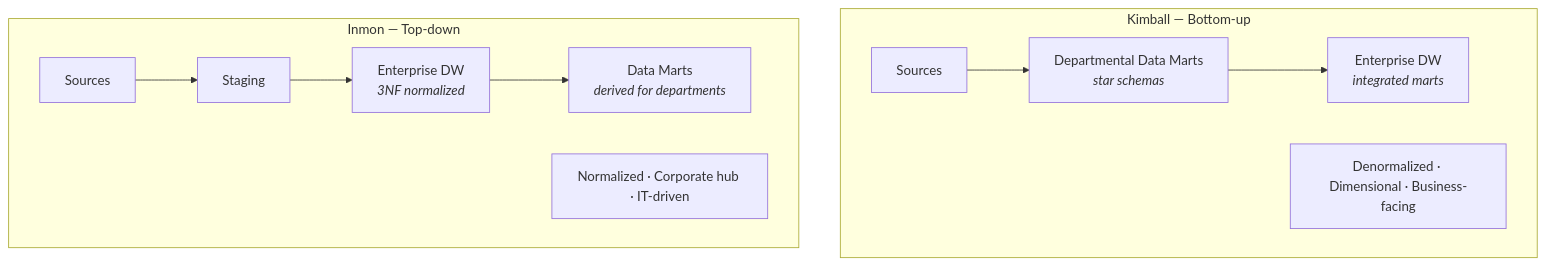
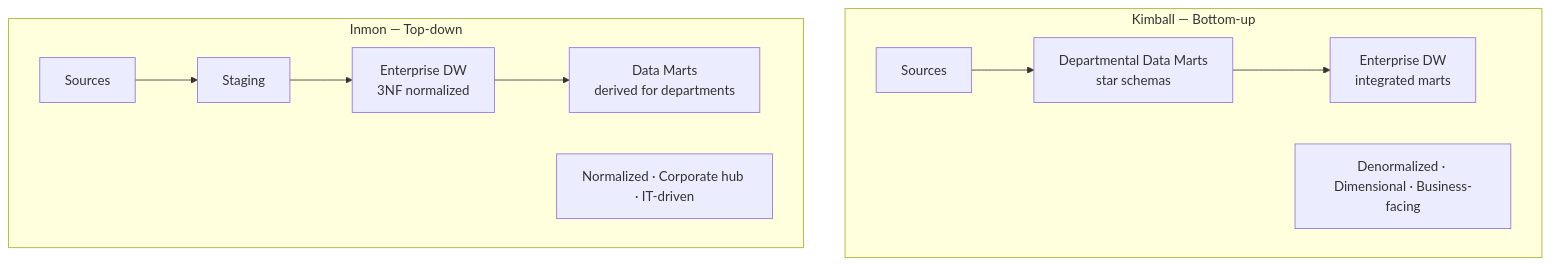
Before and after one commit to adnanrahin/adnanrahin.github.io: diagram 18 of 23 in data-architecture/data-warehouse.md, drawn with Mermaid. The commit also changed other lines of this file and 3 other files, not shown here.

Commit message:
updated the flowchart

````diff
--- a/data-architecture/data-warehouse.md
+++ b/data-architecture/data-warehouse.md
@@ -802,15 +796,15 @@
 ```mermaid
 flowchart TD
     subgraph KIMBALL["Kimball — Bottom-up"]
-        K_SRC["Sources"] --> K_DM["Departmental Data Marts<br/><i>star schemas</i>"]
-        K_DM --> K_DW["Enterprise DW<br/><i>integrated marts</i>"]
+        K_SRC["Sources"] --> K_DM["Departmental Data Marts<br/>star schemas"]
+        K_DM --> K_DW["Enterprise DW<br/>integrated marts"]
         K_STYLE["Denormalized · Dimensional · Business-facing"]
     end
 
     subgraph INMON["Inmon — Top-down"]
         I_SRC["Sources"] --> I_STG["Staging"]
-        I_STG --> I_3NF["Enterprise DW<br/><i>3NF normalized</i>"]
-        I_3NF --> I_DM["Data Marts<br/><i>derived for departments</i>"]
+        I_STG --> I_3NF["Enterprise DW<br/>3NF normalized"]
+        I_3NF --> I_DM["Data Marts<br/>derived for departments"]
         I_STYLE["Normalized · Corporate hub · IT-driven"]
     end
 ```
````
